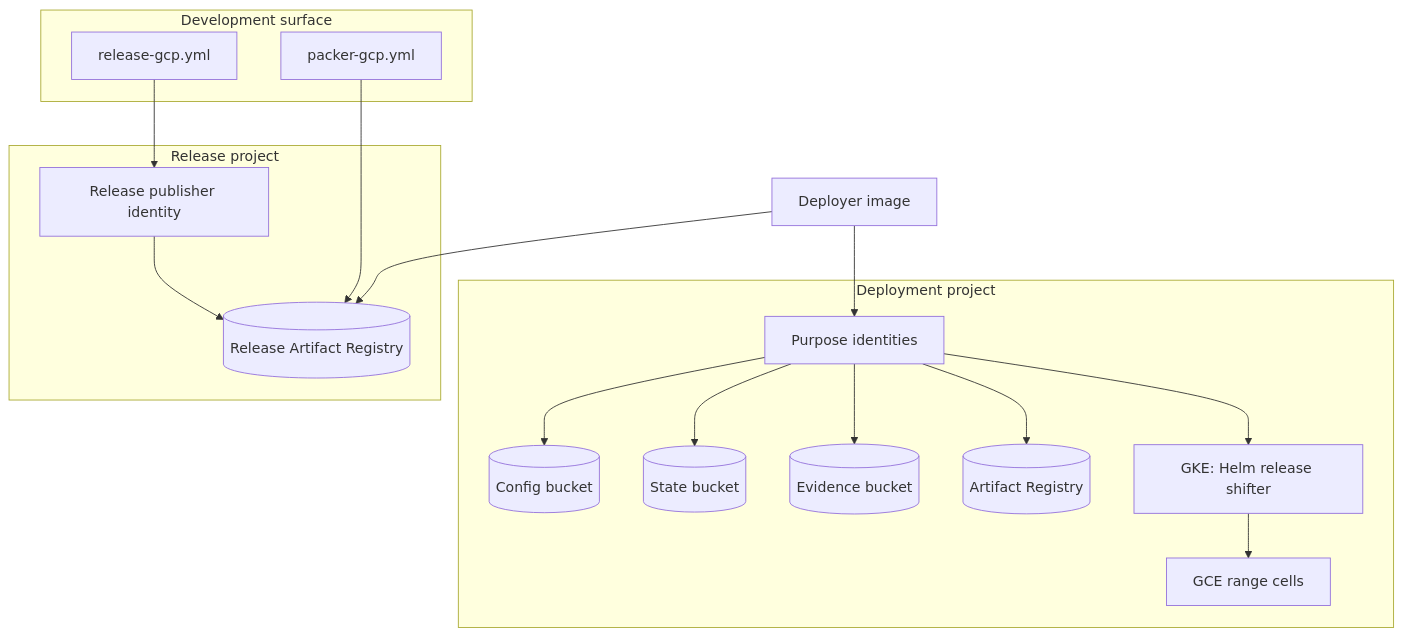
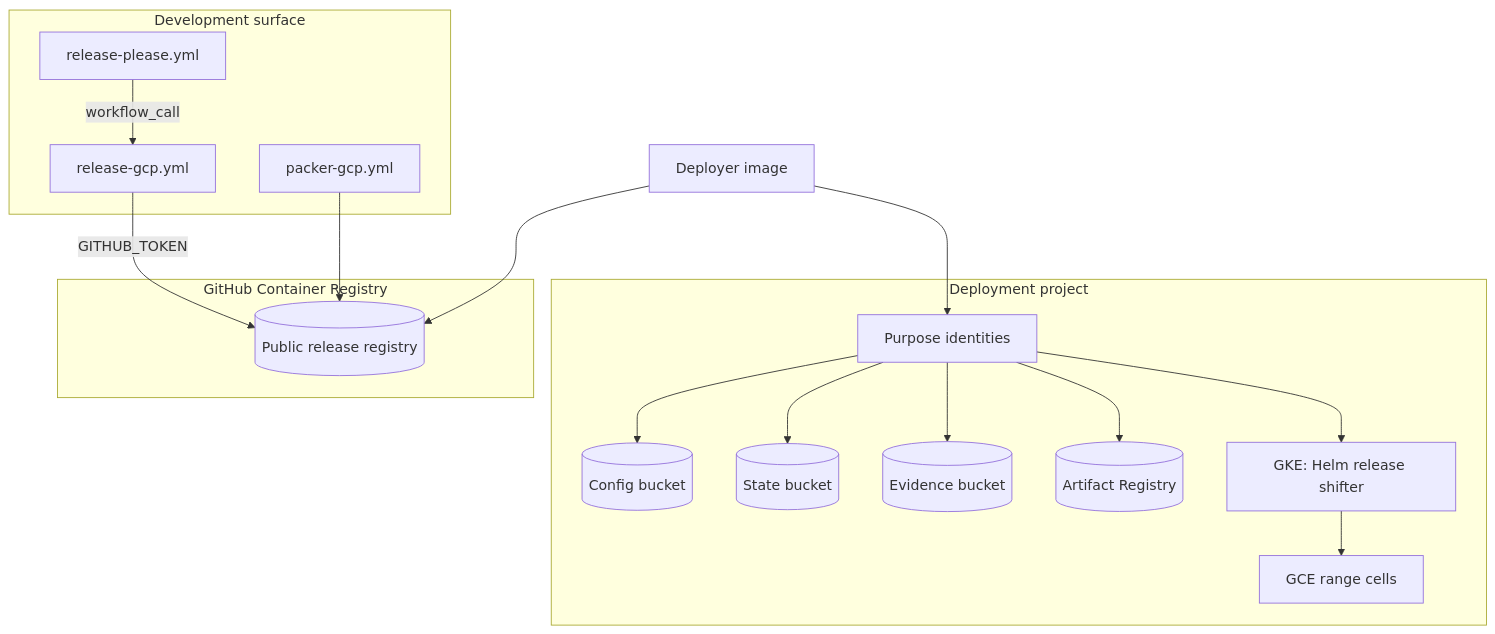
One commit to Brad-Edwards/bigrae changed the fifth of 6 diagrams in docs/architecture/github-less-gcp-deployment-design-2571.md. Above: the diagram before and after it, drawn with Mermaid. The commit also changed other lines of this file and 24 other files, not shown here.

Commit message:
feat(release): publish the GCP release for each Release Please release and complete the OpenRAE move

````diff
--- a/docs/architecture/github-less-gcp-deployment-design-2571.md
+++ b/docs/architecture/github-less-gcp-deployment-design-2571.md
@@ -422,30 +464,31 @@
 ```mermaid
 flowchart TB
   subgraph Development surface
+    rp[release-please.yml]
     wf[release-gcp.yml]
     pk[packer-gcp.yml]
   end
-  subgraph Release project
-    reg[(Release Artifact Registry)]
-    rid[Release publisher identity]
+  subgraph GitHub Container Registry
+    reg[(Public release registry)]
   end
   subgraph Deployment project
     fid[Purpose identities]
     cfg[(Config bucket)]
     st[(State bucket)]
     ev[(Evidence bucket)]
     ar[(Artifact Registry)]
     gke[GKE: Helm release shifter]
     rng[GCE range cells]
   end
-  wf --> rid --> reg
+  rp -->|workflow_call| wf
+  wf -->|GITHUB_TOKEN| reg
   pk --> reg
   dep[Deployer image] --> reg
   dep --> fid
   fid --> cfg
   fid --> st
   fid --> ev
   fid --> ar
   fid --> gke
   gke --> rng
 ```
````
